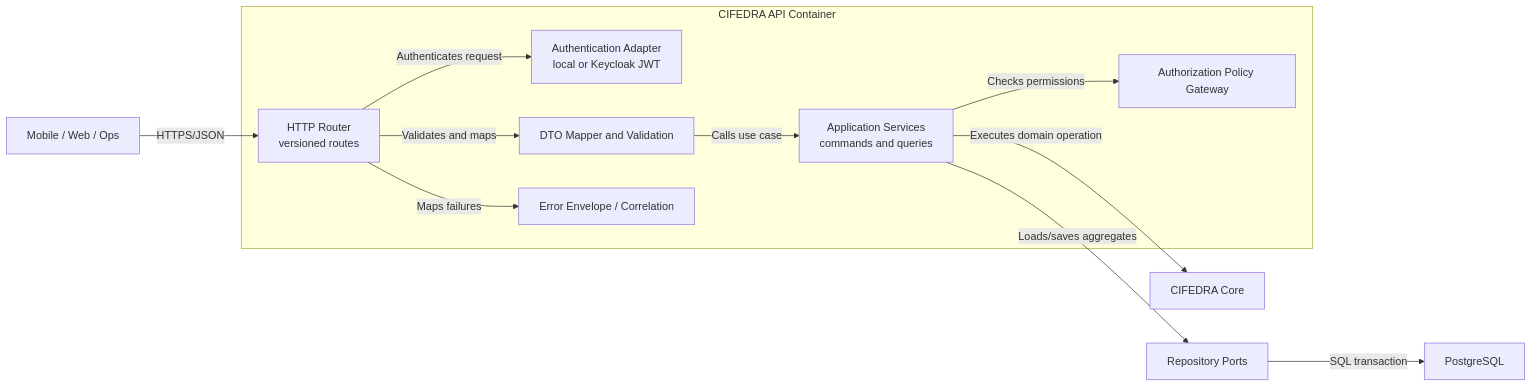
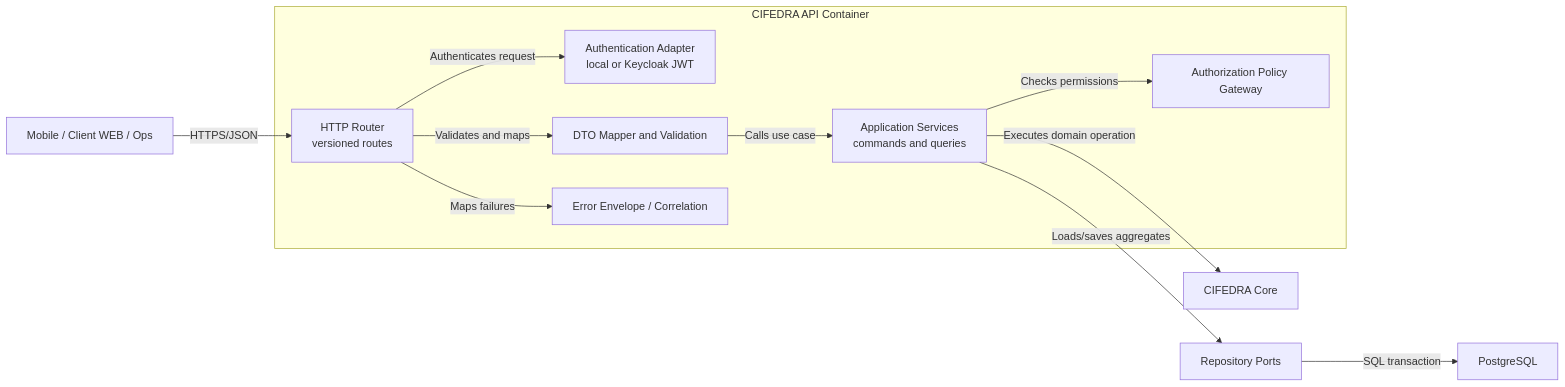
One commit to DIGITALATOM1/CIFEDRA changed the third of 10 diagrams in knowledge/system/cifedra-hld.md. Above: the diagram before and after it, drawn with Mermaid. The commit also changed other lines of this file and 18 other files, not shown here.

Commit message:
Add client web application architecture

````diff
--- a/knowledge/system/cifedra-hld.md
+++ b/knowledge/system/cifedra-hld.md
@@ -377,27 +383,27 @@
 ```mermaid
 flowchart LR
-  Clients["Mobile / Web / Ops"]
+  Clients["Mobile / Client WEB / Ops"]
 
   subgraph API["CIFEDRA API Container"]
     Router["HTTP Router<br/>versioned routes"]
     Auth["Authentication Adapter<br/>local or Keycloak JWT"]
     DTO["DTO Mapper and Validation"]
     Policy["Authorization Policy Gateway"]
     App["Application Services<br/>commands and queries"]
     Errors["Error Envelope / Correlation"]
   end
 
   Core["CIFEDRA Core"]
   Repo["Repository Ports"]
   DB["PostgreSQL"]
 
   Clients -->|"HTTPS/JSON"| Router
   Router -->|"Authenticates request"| Auth
   Router -->|"Validates and maps"| DTO
   DTO -->|"Calls use case"| App
   App -->|"Checks permissions"| Policy
   App -->|"Executes domain operation"| Core
   App -->|"Loads/saves aggregates"| Repo
   Repo -->|"SQL transaction"| DB
   Router -->|"Maps failures"| Errors
 ```
````
